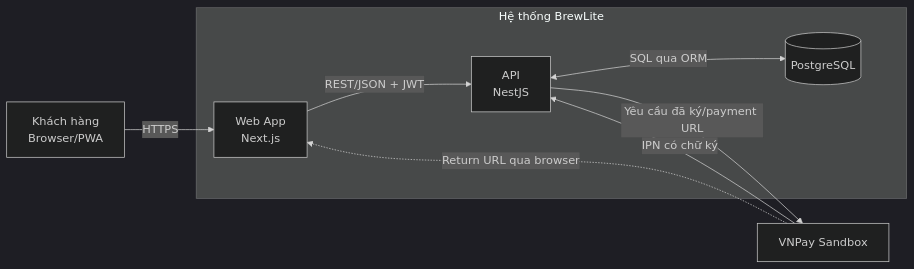
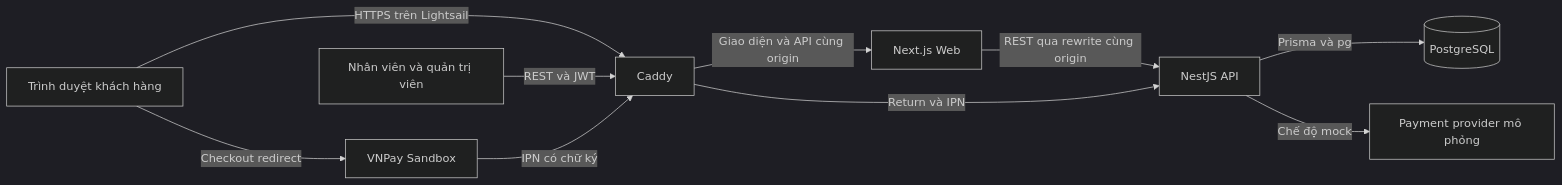
Before and after one commit to VKhair/brewlite: the first of 2 diagrams in docs/architecture/architecture.md, drawn with Mermaid (dark theme). The commit also changed other lines of this file and 34 other files, not shown here.

````diff
--- a/docs/architecture/architecture.md
+++ b/docs/architecture/architecture.md
@@ -26,17 +11,12 @@
 ```mermaid
 flowchart LR
-  customer[Khách hàng<br/>Browser/PWA]
-  subgraph brew[Hệ thống BrewLite]
-    web[Web App<br/>Next.js]
-    api[API<br/>NestJS]
-    db[(PostgreSQL)]
-  end
-  vnp[VNPay Sandbox]
-
-  customer -->|HTTPS| web
-  web -->|REST/JSON + JWT| api
-  api <-->|SQL qua ORM| db
-  api -->|Yêu cầu đã ký/payment URL| vnp
-  vnp -->|IPN có chữ ký| api
-  vnp -.->|Return URL qua browser| web
+    Customer[Trình duyệt khách hàng] -->|HTTPS trên Lightsail| Proxy[Caddy]
+    Proxy -->|Giao diện và API cùng origin| Web[Next.js Web]
+    Web -->|REST qua rewrite cùng origin| API[NestJS API]
+    Staff[Nhân viên và quản trị viên] -->|REST và JWT| Proxy
+    API -->|Prisma và pg| DB[(PostgreSQL)]
+    API -->|Chế độ mock| Mock[Payment provider mô phỏng]
+    Customer -->|Checkout redirect| VNPay[VNPay Sandbox]
+    VNPay -->|IPN có chữ ký| Proxy
+    Proxy -->|Return và IPN| API
 ```
````
